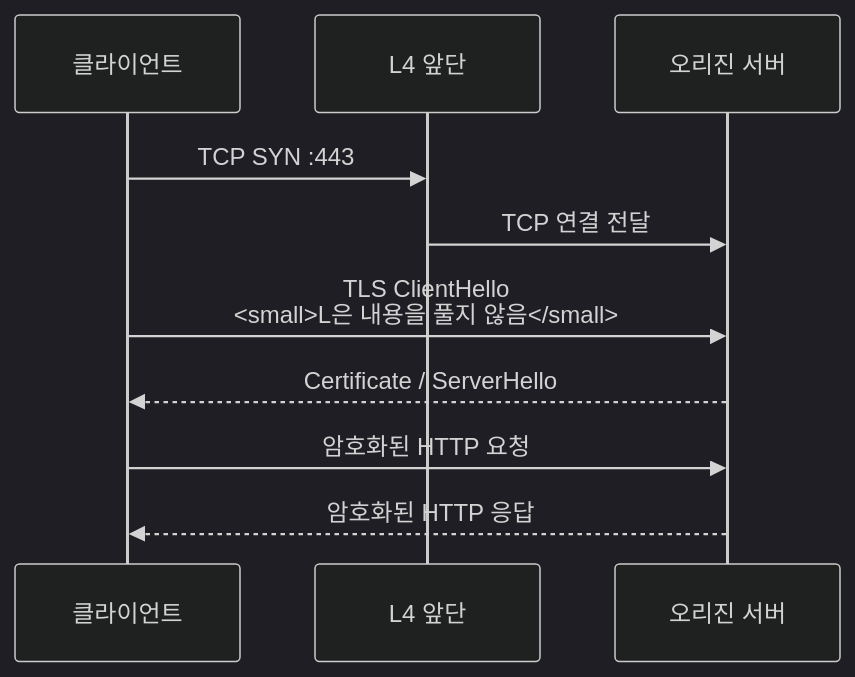
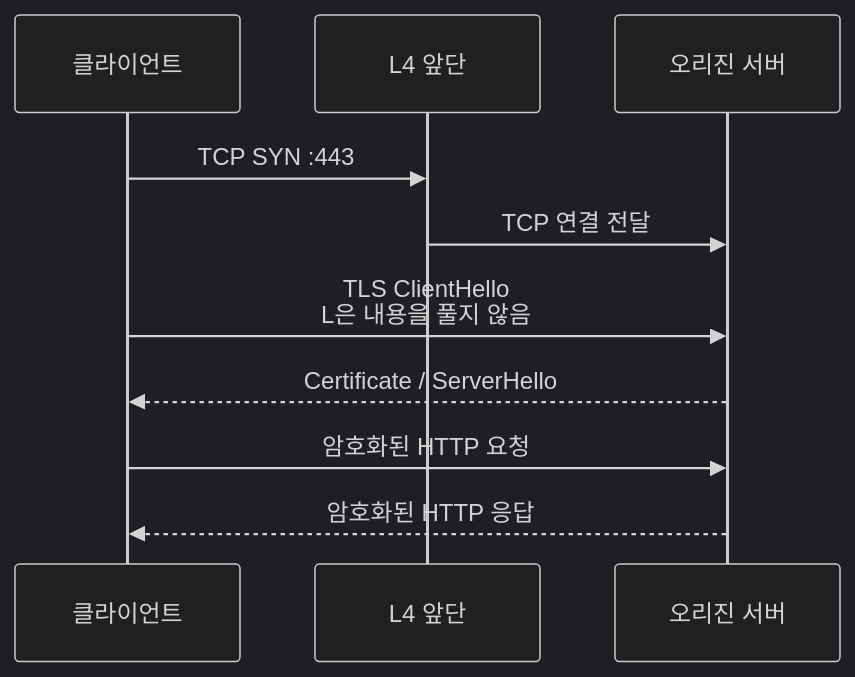
One commit to kmj8843/blog changed the fourth of 4 diagrams in docs/network/deep-dive/tls-termination-vs-passthrough.md. Above: the diagram before and after it, drawn with Mermaid (dark theme). The commit also changed 4 other files, not shown here.

````diff
--- a/docs/network/deep-dive/tls-termination-vs-passthrough.md
+++ b/docs/network/deep-dive/tls-termination-vs-passthrough.md
@@ -167,13 +167,13 @@
 ```mermaid
 sequenceDiagram
     participant C as 클라이언트
     participant L as L4 앞단
     participant O as 오리진 서버
 
     C->>L: TCP SYN :443
     L->>O: TCP 연결 전달
-    C->>O: TLS ClientHello<br/><small>L은 내용을 풀지 않음</small>
+    C->>O: TLS ClientHello<br/>L은 내용을 풀지 않음
     O-->>C: Certificate / ServerHello
     C->>O: 암호화된 HTTP 요청
     O-->>C: 암호화된 HTTP 응답
 ```
````
